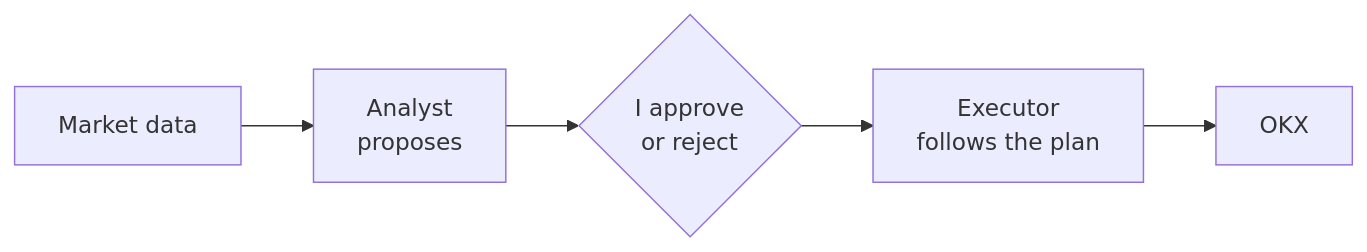
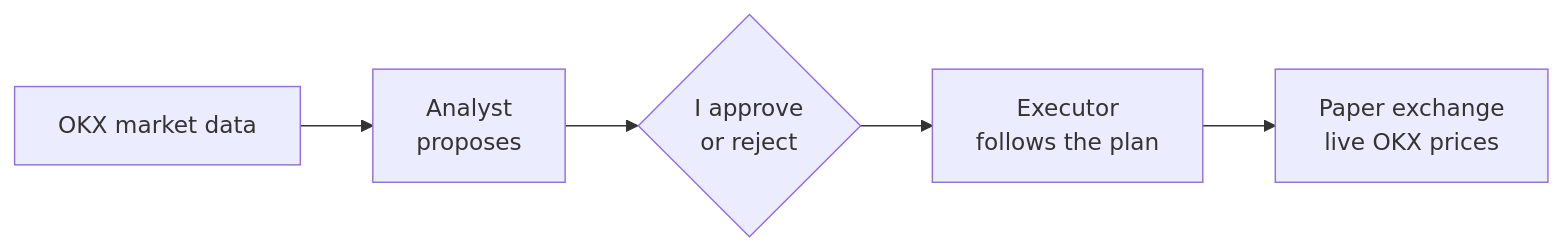
Before and after one commit to lpesseygirod/tradebunny: the diagram in README.md, drawn with Mermaid. The commit also changed other lines of this file and 20 other files, not shown here.

````diff
--- a/README.md
+++ b/README.md
@@ -24,7 +24,7 @@
 ```mermaid
 flowchart LR
-    C[Market data] --> A[Analyst<br/>proposes]
+    C[OKX market data] --> A[Analyst<br/>proposes]
     A --> Y{I approve<br/>or reject}
     Y --> X[Executor<br/>follows the plan]
-    X --> O[OKX]
+    X --> P[Paper exchange<br/>live OKX prices]
 ```
````
